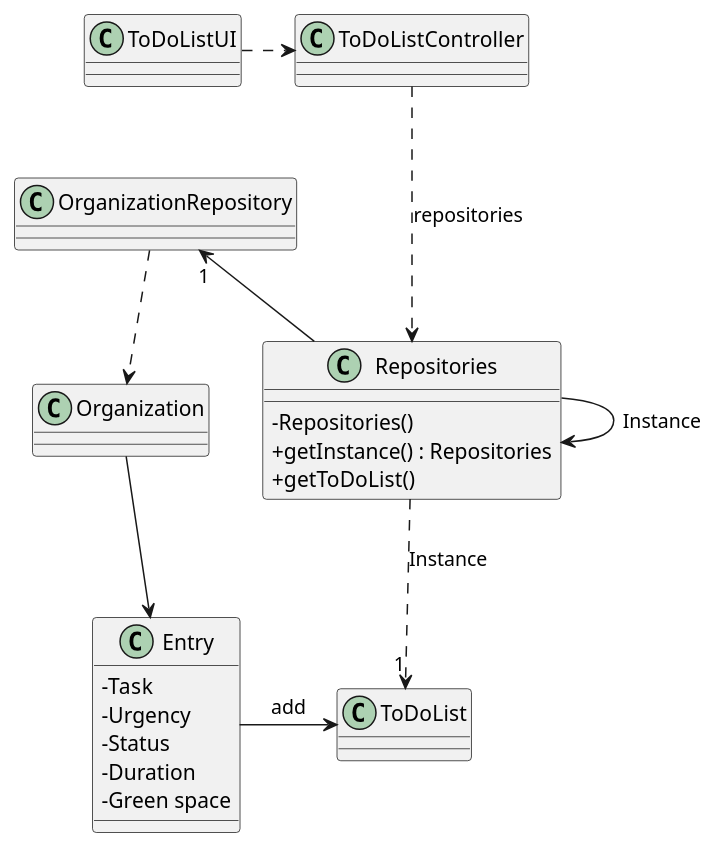
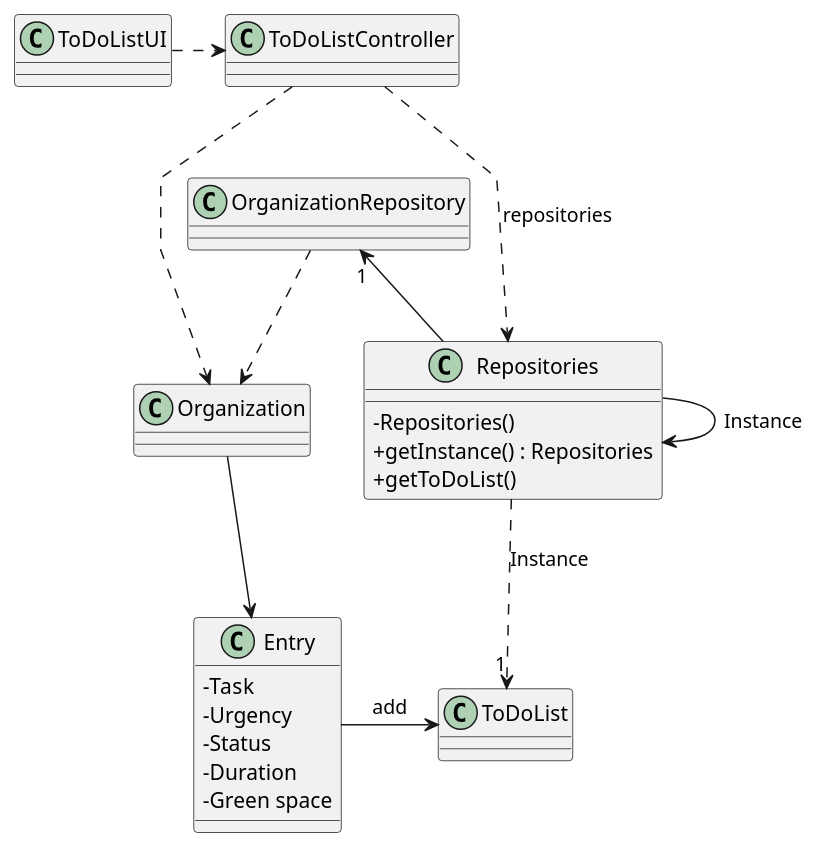
Before and after one commit to Departamento-de-Engenharia-Informatica/lei-24-s2-1df-1de-g063: the diagram in docs/SprintC/us021/03.design/puml/us021-class-diagram.puml, drawn with PlantUML. The commit also changed 53 other files, not shown here.

```diff
--- a/docs/SprintC/us021/03.design/puml/us021-class-diagram.puml
+++ b/docs/SprintC/us021/03.design/puml/us021-class-diagram.puml
@@ -1,52 +1,53 @@
 @startuml
 'skinparam monochrome true
 skinparam packageStyle rectangle
 skinparam shadowing false
 skinparam linetype polyline
 'skinparam linetype orto
 
 skinparam classAttributeIconSize 0
 
 'left to right direction
 
 class Organization{
 
 }
 
 class ToDoListUI{
 
 }
 
 
 class ToDoListController{
 
 }
 
 class Repositories{
     - Repositories()
     + getInstance() : Repositories
     + getToDoList()
 }
 
 class ToDoList{
 
 }
 
 class Entry{
     -Task
     -Urgency
     -Status
     -Duration
     -Green space
 }
 
 ToDoListUI .right-> ToDoListController
+ToDoListController .right-> Organization
 Organization -down-> Entry
 Repositories .down-> "1" ToDoList: Instance
 Entry -> ToDoList: add
 OrganizationRepository .down-> Organization
 ToDoListController -.down-> Repositories : repositories
 Repositories -left-> "1" OrganizationRepository
 Repositories -> Repositories: Instance
 
 @enduml
```
